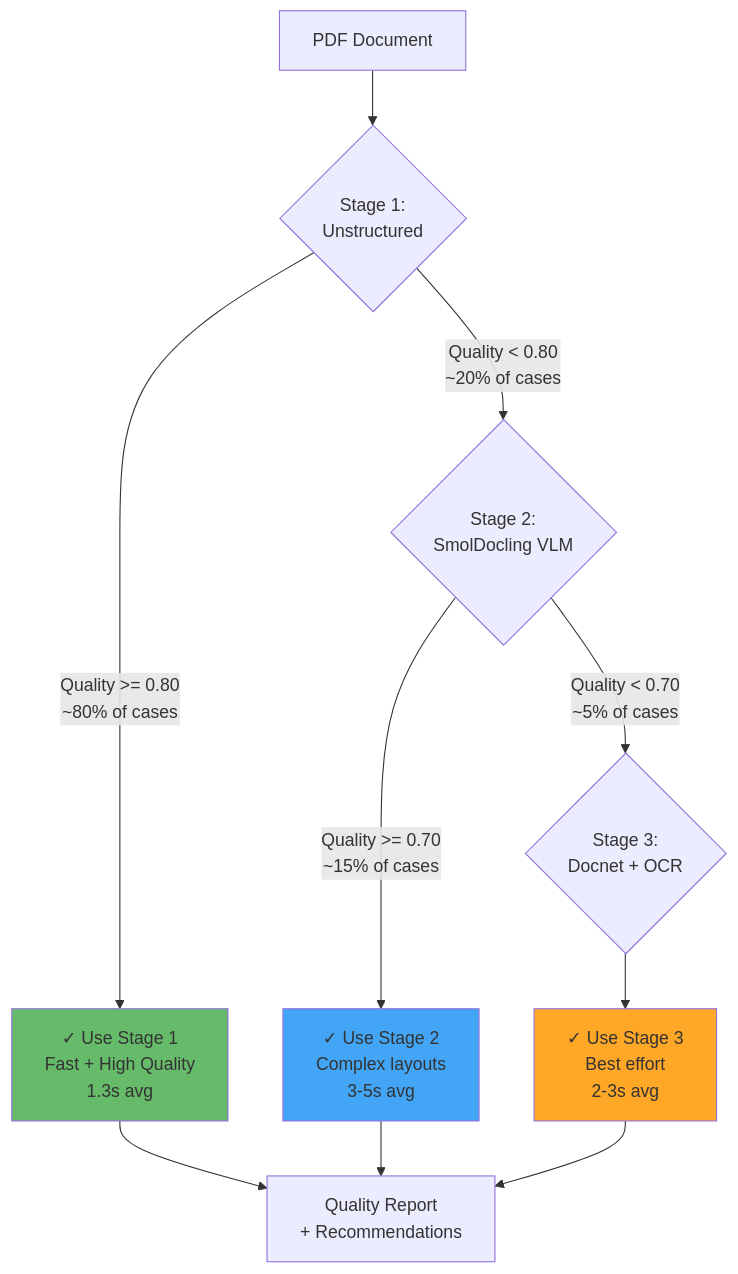
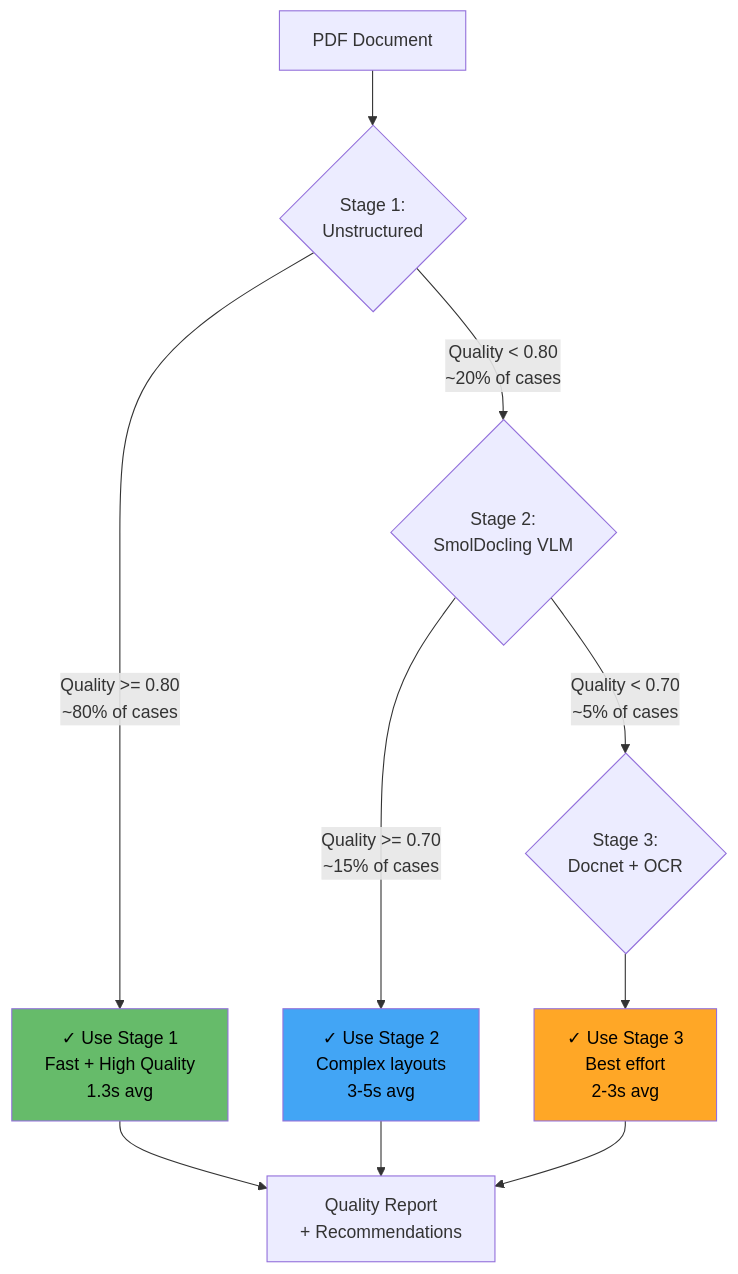
One commit to meepleAi-app/meepleai-monorepo changed the second of 8 diagrams in docs/01-architecture/diagrams/pdf-pipeline-detailed.md. Above: the diagram before and after it, drawn with Mermaid. The commit also changed other lines of this file and 4 other files, not shown here.

First line of the commit message:
docs: Aggiunto testo nero a tutti i diagrammi Mermaid

````diff
--- a/docs/01-architecture/diagrams/pdf-pipeline-detailed.md
+++ b/docs/01-architecture/diagrams/pdf-pipeline-detailed.md
@@ -132,22 +132,22 @@
 ```mermaid
 flowchart TD
     PDF[PDF Document] --> Stage1{Stage 1:<br/>Unstructured}
 
     Stage1 -->|Quality >= 0.80<br/>~80% of cases| Done1[✓ Use Stage 1<br/>Fast + High Quality<br/>1.3s avg]
 
     Stage1 -->|Quality < 0.80<br/>~20% of cases| Stage2{Stage 2:<br/>SmolDocling VLM}
 
     Stage2 -->|Quality >= 0.70<br/>~15% of cases| Done2[✓ Use Stage 2<br/>Complex layouts<br/>3-5s avg]
 
     Stage2 -->|Quality < 0.70<br/>~5% of cases| Stage3{Stage 3:<br/>Docnet + OCR}
 
     Stage3 --> Done3[✓ Use Stage 3<br/>Best effort<br/>2-3s avg]
 
     Done1 --> Report[Quality Report<br/>+ Recommendations]
     Done2 --> Report
     Done3 --> Report
 
-    style Done1 fill:#66bb6a
-    style Done2 fill:#42a5f5
-    style Done3 fill:#ffa726
+    style Done1 fill:#66bb6a,color:#000
+    style Done2 fill:#42a5f5,color:#000
+    style Done3 fill:#ffa726,color:#000
 ```
````
